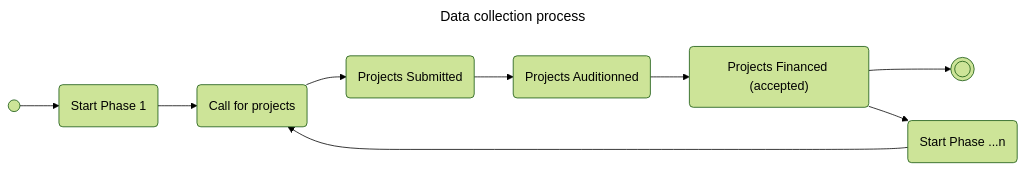
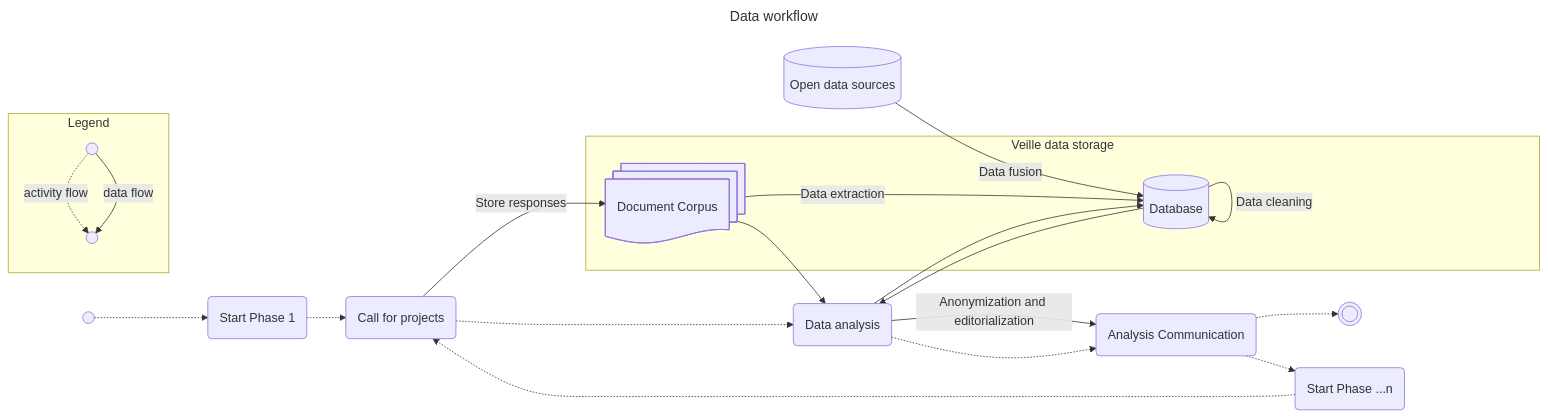
One commit to VCityTeam/PEPR-VDBI changed the first of 2 diagrams in data-visualization/src/index.md. Above: the diagram before and after it, drawn with Mermaid. The commit also changed other lines of this file and 8 other files, not shown here.

Commit message:
update diagrams

````diff
--- a/data-visualization/src/index.md
+++ b/data-visualization/src/index.md
@@ -58,16 +57,33 @@
 ```mermaid
 ---
-title: Data collection process
+title: Data workflow
 config:
-  theme: forest
+  theme: default
 ---
 flowchart LR
-  Z(( )) --> ZZ(Start Phase 1)
-  ZZ --> A
-  A(Call for projects) --> B(Projects Submitted)
-  B --> C(Projects Auditionned)
-  C --> D("Projects Financed (accepted)")
-  D --> E((( )))
-  D --> ZZZ(Start Phase ...n)
-  ZZZ --> A
+  Start(( )) -.-> ZZ(Start Phase 1)
+  ZZ -.-> Call(Call for projects)
+  F[(Open data sources)] -->|Data fusion| DB
+  Call -.-> DA(Data analysis)
+  DA -->|Anonymization and editorialization| AC(Analysis Communication)
+  DA -.-> AC
+  AC -.-> End((( )))
+  AC -.-> P(Start Phase ...n)
+  P -.-> Call
+  Call -->|Store responses| DC
+  DC -->|Data extraction| DB
+  DB -->|Data cleaning| DB
+  DB --> DA
+  DA --> DB
+  DC --> DA
+
+  subgraph Veille data storage
+    DC@{ shape: docs, label: "Document Corpus"}
+    DB[(Database)]
+  end
+
+  subgraph Legend
+    a(( )) -.->|activity flow| b(( ))
+    a(( )) -->|data flow| b(( ))
+  end
 ```
````
